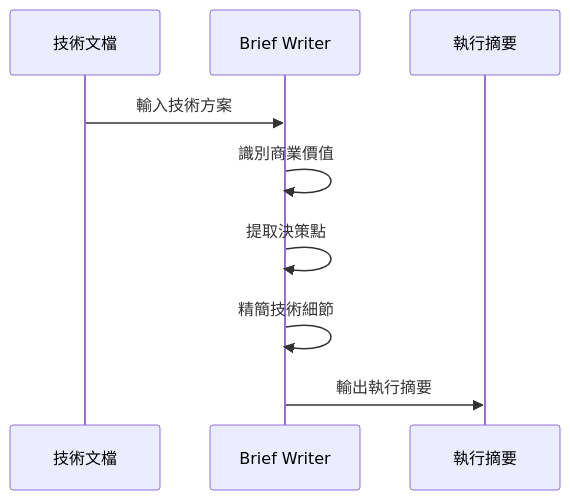
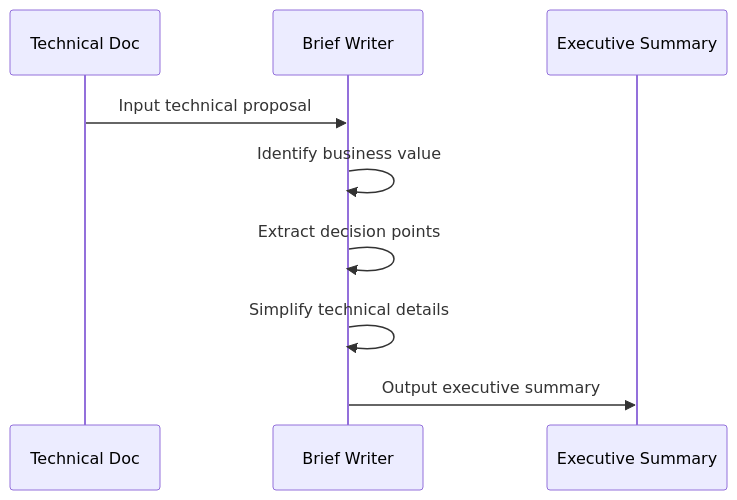
The diagram in agents/brief-writer.md (jupiter-Pulin/Uranus-dev-flow), drawn with Mermaid before and after one commit. The commit also changed other lines of this file and 106 other files, not shown here.

````diff
--- a/agents/brief-writer.md
+++ b/agents/brief-writer.md
@@ -14,12 +14,12 @@
 ```mermaid
 sequenceDiagram
-    participant T as 技術文檔
+    participant T as Technical Doc
     participant B as Brief Writer
-    participant S as 執行摘要
+    participant S as Executive Summary
 
-    T->>B: 輸入技術方案
-    B->>B: 識別商業價值
-    B->>B: 提取決策點
-    B->>B: 精簡技術細節
-    B->>S: 輸出執行摘要
+    T->>B: Input technical proposal
+    B->>B: Identify business value
+    B->>B: Extract decision points
+    B->>B: Simplify technical details
+    B->>S: Output executive summary
 ```
````
